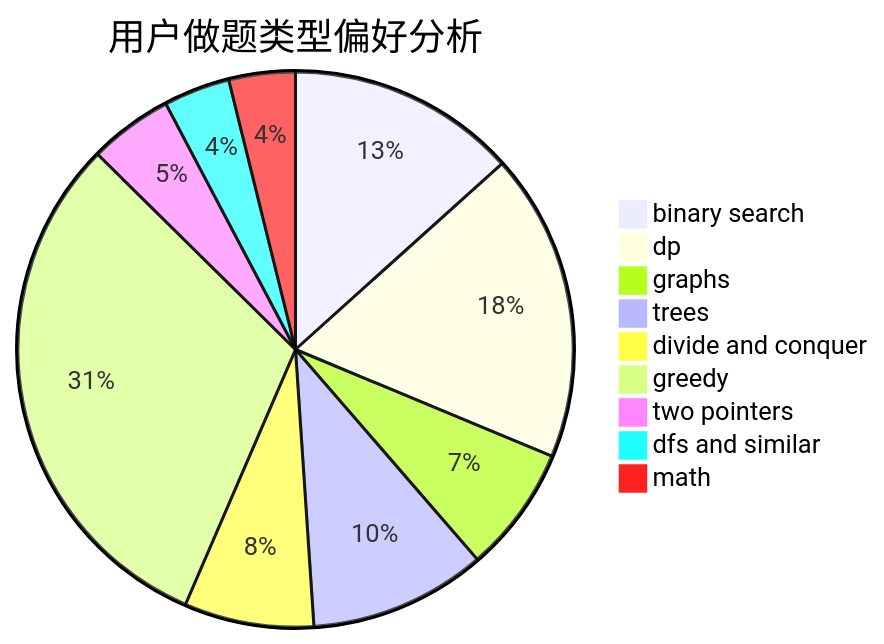
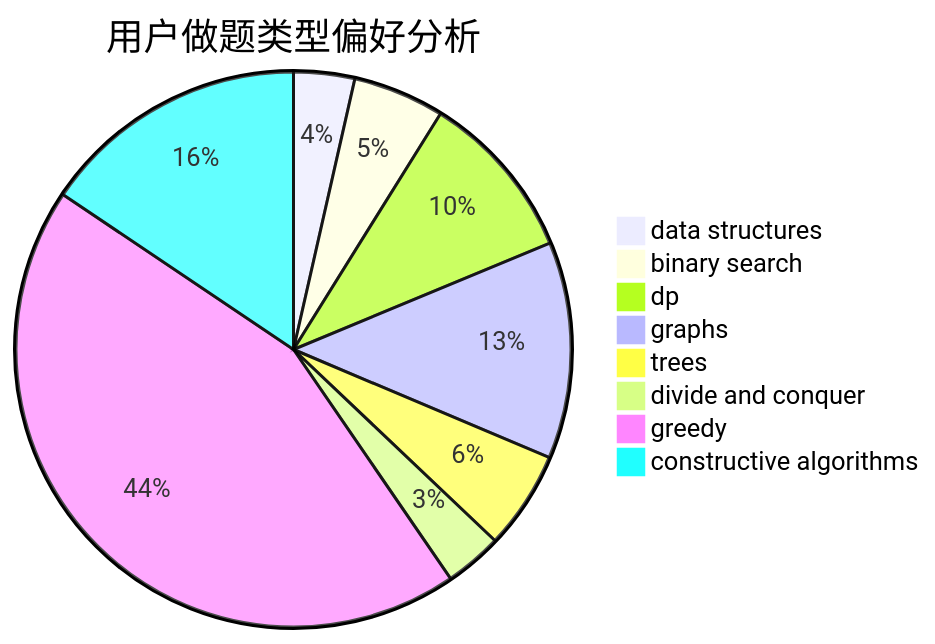
The second of 3 diagrams in docs/user/u872.md (sherpahu/cfrs.github.io), drawn with Mermaid before and after one commit. The commit also changed other lines of this file and 2775 other files, not shown here.

````diff
--- a/docs/user/u872.md
+++ b/docs/user/u872.md
@@ -23,12 +23,11 @@
 ```mermaid
 pie title 用户做题类型偏好分析
-    "binary search" :  145
-    "dp" :  195
-    "graphs" :  80
-    "trees" :  112
-    "divide and conquer" :  82
-    "greedy" :  336
-    "two pointers" :  53
-    "dfs and similar" :  42
-    "math" :  42
+    "data structures" :  18
+    "binary search" :  27
+    "dp" :  50
+    "graphs" :  64
+    "trees" :  29
+    "divide and conquer" :  17
+    "greedy" :  223
+    "constructive algorithms" :  79
 ```
````
